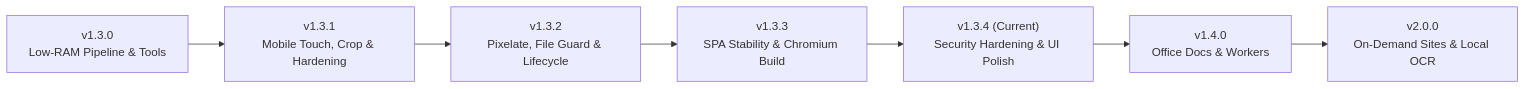
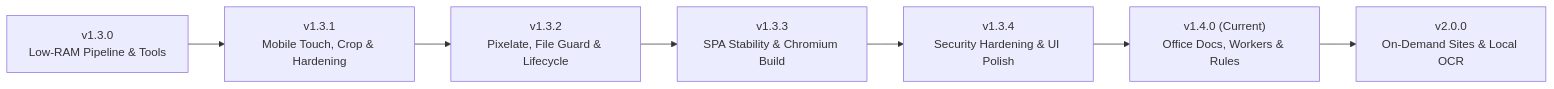
Before and after one commit to m21dev/clipzero: the diagram in ROADMAP.md, drawn with Mermaid. The commit also changed other lines of this file and 32 other files, not shown here.

First line of the commit message:
release: v1.4.0 — Office scrubber, Workers, guided rules, welcome/help & full copy restoration

````diff
--- a/ROADMAP.md
+++ b/ROADMAP.md
@@ -5,9 +5,9 @@
 ```mermaid
 flowchart LR
     V130["v1.3.0<br/>Low-RAM Pipeline & Tools"] --> V131["v1.3.1<br/>Mobile Touch, Crop & Hardening"]
     V131 --> V132["v1.3.2<br/>Pixelate, File Guard & Lifecycle"]
     V132 --> V133["v1.3.3<br/>SPA Stability & Chromium Build"]
-    V133 --> V134["v1.3.4 (Current)<br/>Security Hardening & UI Polish"]
-    V134 --> V140["v1.4.0<br/>Office Docs & Workers"]
+    V133 --> V134["v1.3.4<br/>Security Hardening & UI Polish"]
+    V134 --> V140["v1.4.0 (Current)<br/>Office Docs, Workers & Rules"]
     V140 --> V200["v2.0.0<br/>On-Demand Sites & Local OCR"]
 ```
````
